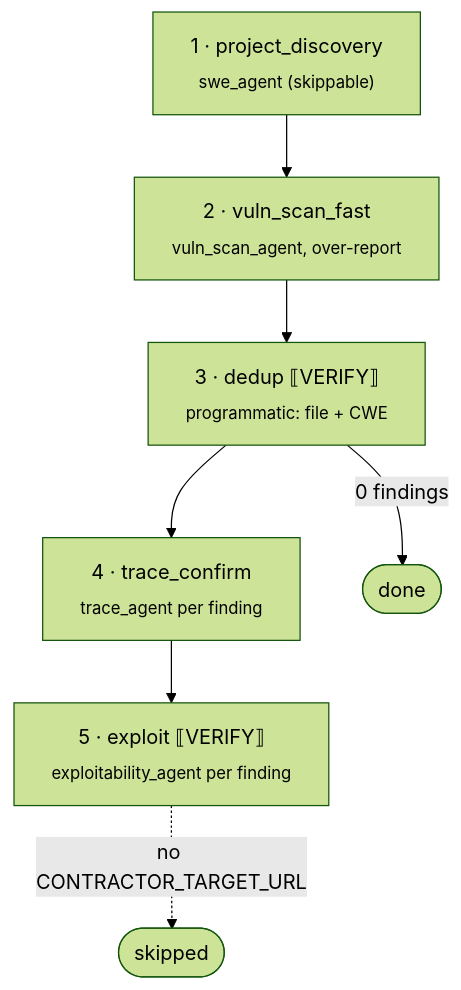
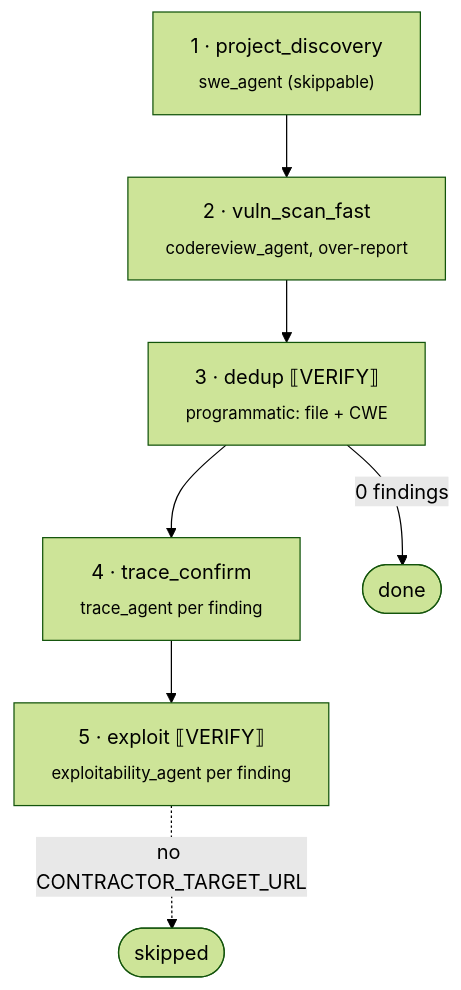
Before and after one commit to grauwolf32/contractor: the diagram in contractor/workflows/vuln_scan_fast/README.md, drawn with Mermaid (forest theme). The commit also changed other lines of this file and 18 other files, not shown here.

First line of the commit message:
refactor(agents): rename vuln_scan_agent -> codereview_agent

````diff
--- a/contractor/workflows/vuln_scan_fast/README.md
+++ b/contractor/workflows/vuln_scan_fast/README.md
@@ -10,12 +10,12 @@
 ```mermaid
 flowchart TD
     D["1 · project_discovery<br/><sub>swe_agent (skippable)</sub>"]
-    S["2 · vuln_scan_fast<br/><sub>vuln_scan_agent, over-report</sub>"]
+    S["2 · vuln_scan_fast<br/><sub>codereview_agent, over-report</sub>"]
     V1["3 · dedup  ⟦VERIFY⟧<br/><sub>programmatic: file + CWE</sub>"]
     T["4 · trace_confirm<br/><sub>trace_agent per finding</sub>"]
     V2["5 · exploit  ⟦VERIFY⟧<br/><sub>exploitability_agent per finding</sub>"]
 
     D --> S --> V1 --> T --> V2
     V1 -->|0 findings| STOP([done])
     V2 -.->|no CONTRACTOR_TARGET_URL| SKIP([skipped])
 ```
````
